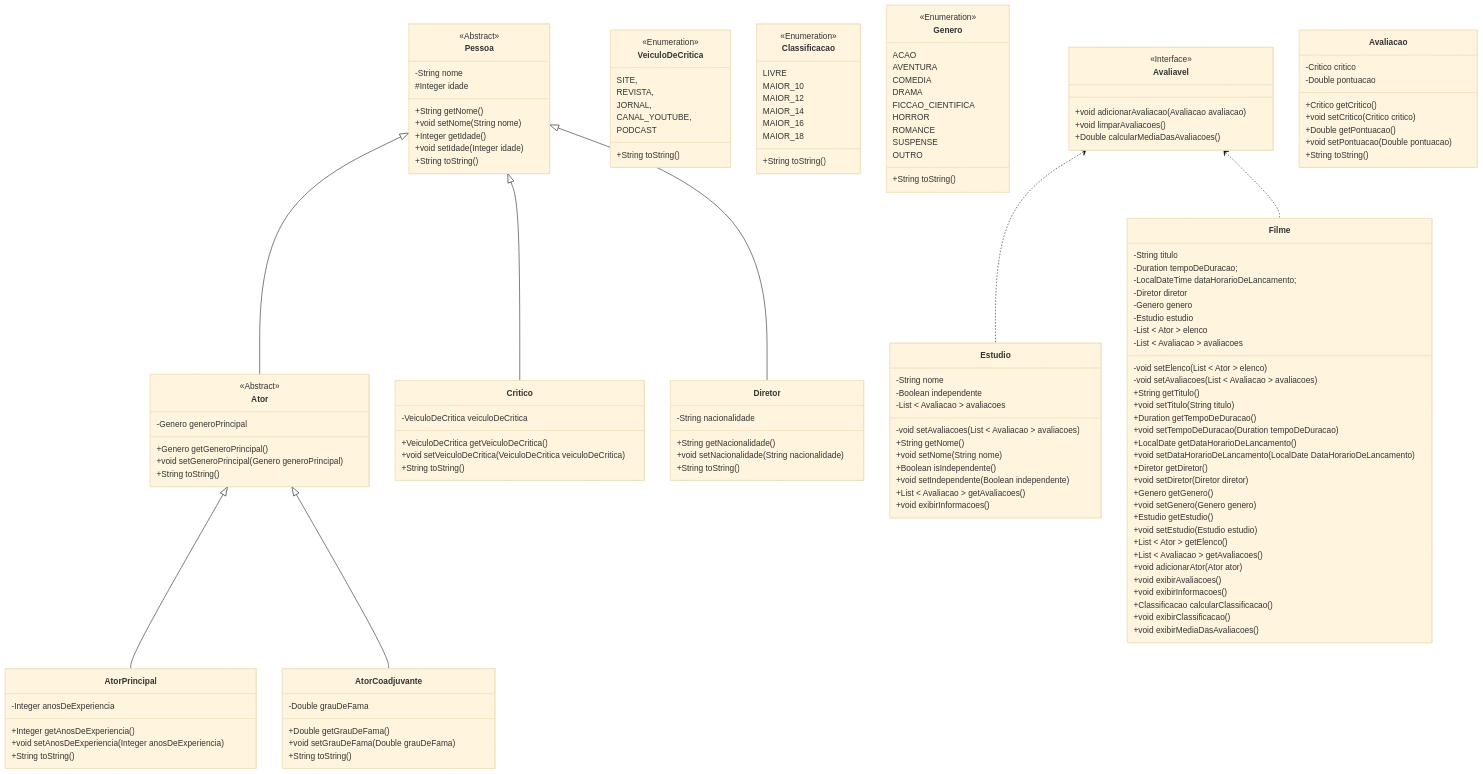
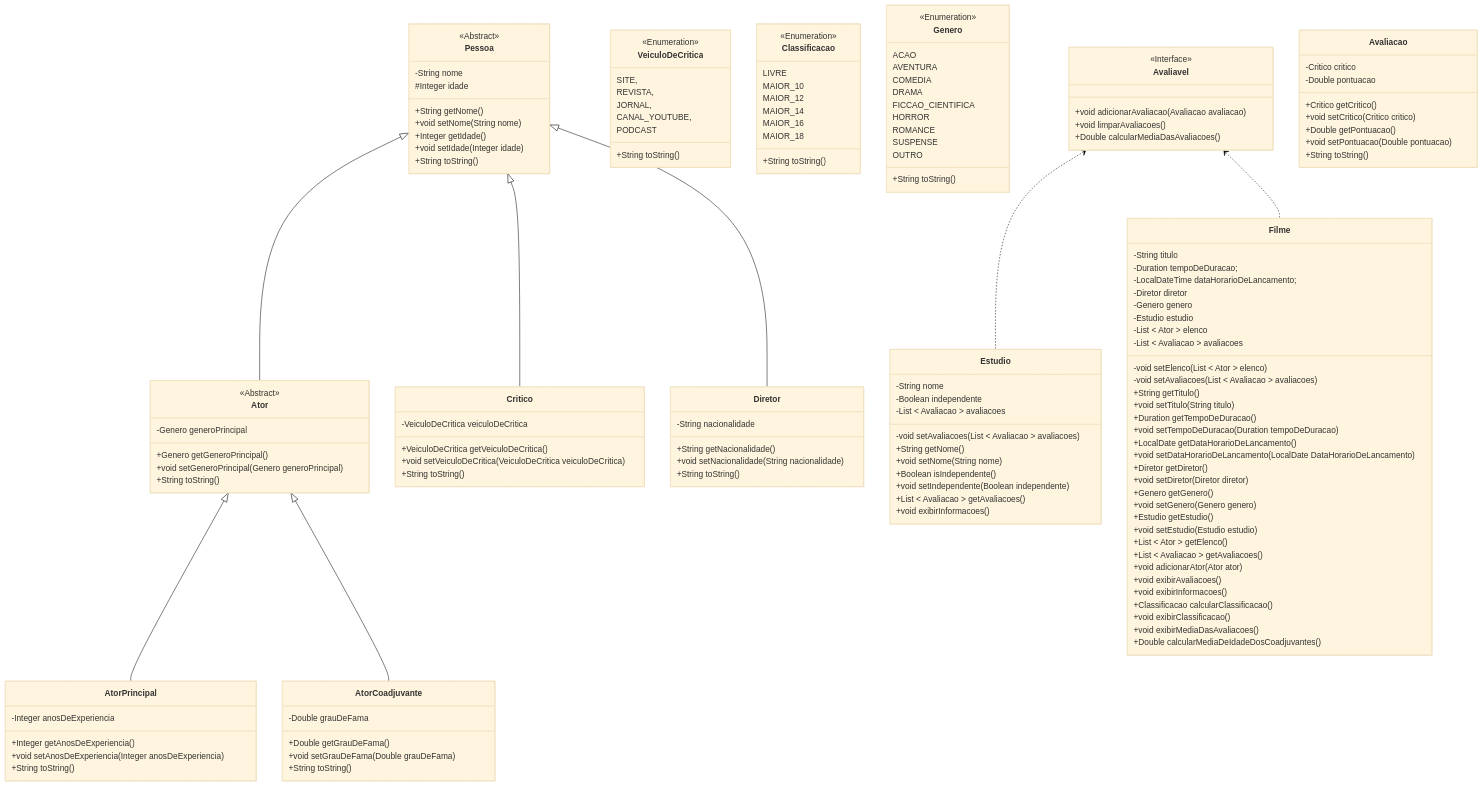
One commit to heltonricardo/enunciados-exercicios-java changed the diagram in exercicio-003/versao-001/README.md. Above: the diagram before and after it, drawn with Mermaid (base theme). The commit also changed 1 other file, not shown here.

Commit message:
exercicio 3-1

```diff
--- a/exercicio-003/versao-001/README.md
+++ b/exercicio-003/versao-001/README.md
@@ -154,6 +154,7 @@
   +Classificacao calcularClassificacao()
   +void exibirClassificacao()
   +void exibirMediaDasAvaliacoes()
+  +Double calcularMediaDeIdadeDosCoadjuvantes()
 }
 
 class Avaliavel {
```
